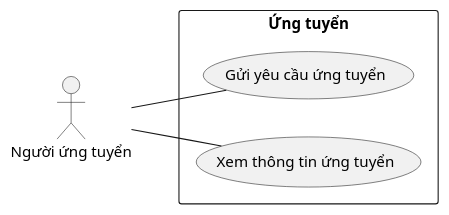
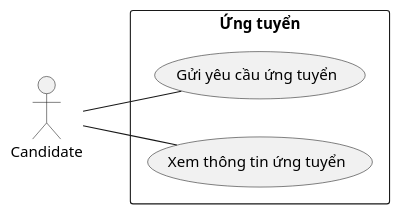
Before and after one commit to Griselda4774/EAS-EmploymentAssistanceSystem: the diagram in Lab1/Lab 1.2 Diagram/Use case/FilePUML/9. UngTuyen.puml, drawn with PlantUML. The commit also changed other lines of this file and 79 other files, not shown here.

```diff
--- a/Lab1/Lab 1.2 Diagram/Use case/FilePUML/9. UngTuyen.puml
+++ b/Lab1/Lab 1.2 Diagram/Use case/FilePUML/9. UngTuyen.puml
@@ -1,14 +1,14 @@
 @startuml UngTuyen
 left to right direction
 
-actor "Người ứng tuyển" as nguoiUngTuyen
+actor "Candidate" as nguoiUngTuyen
 
 rectangle "Ứng tuyển" {
     usecase "Gửi yêu cầu ứng tuyển" as nopYeuCauUngTuyen
     usecase "Xem thông tin ứng tuyển" as xemTrangThaiYeuCauUngTuyen
 }
 
 nguoiUngTuyen -- nopYeuCauUngTuyen
 nguoiUngTuyen -- xemTrangThaiYeuCauUngTuyen
 
 @enduml
```
